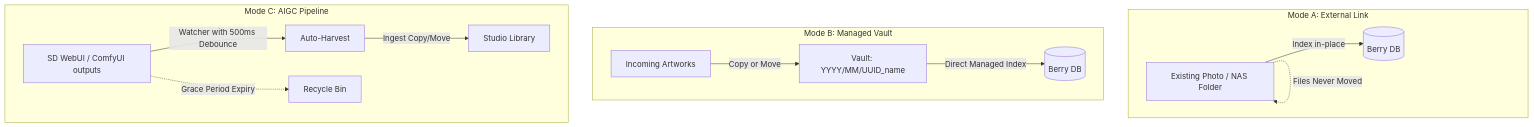
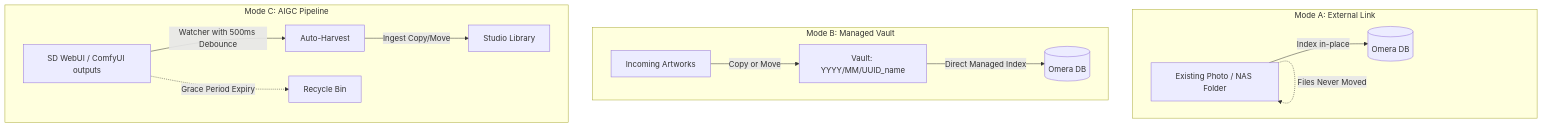
The diagram in docs/wiki/en/02-library-management/folder-modes-and-import.md (BerryUIKI/Berry-AI-Studio), drawn with Mermaid before and after one commit. The commit also changed other lines of this file and 224 other files, not shown here.

````diff
--- a/docs/wiki/en/02-library-management/folder-modes-and-import.md
+++ b/docs/wiki/en/02-library-management/folder-modes-and-import.md
@@ -11,18 +11,18 @@
 ```mermaid
 graph TD
     subgraph Mode A: External Link
-        A1[Existing Photo / NAS Folder] -->|Index in-place| A2[(Berry DB)]
+        A1[Existing Photo / NAS Folder] -->|Index in-place| A2[(Omera DB)]
         A1 -.->|Files Never Moved| A1
     end
 
     subgraph Mode B: Managed Vault
         B1[Incoming Artworks] -->|Copy or Move| B2[Vault: YYYY/MM/UUID_name]
-        B2 -->|Direct Managed Index| B3[(Berry DB)]
+        B2 -->|Direct Managed Index| B3[(Omera DB)]
     end
 
     subgraph Mode C: AIGC Pipeline
         C1[SD WebUI / ComfyUI outputs] -->|Watcher with 500ms Debounce| C2[Auto-Harvest]
         C2 -->|Ingest Copy/Move| C3[Studio Library]
         C1 -.->|Grace Period Expiry| C4[Recycle Bin]
     end
 ```
````
